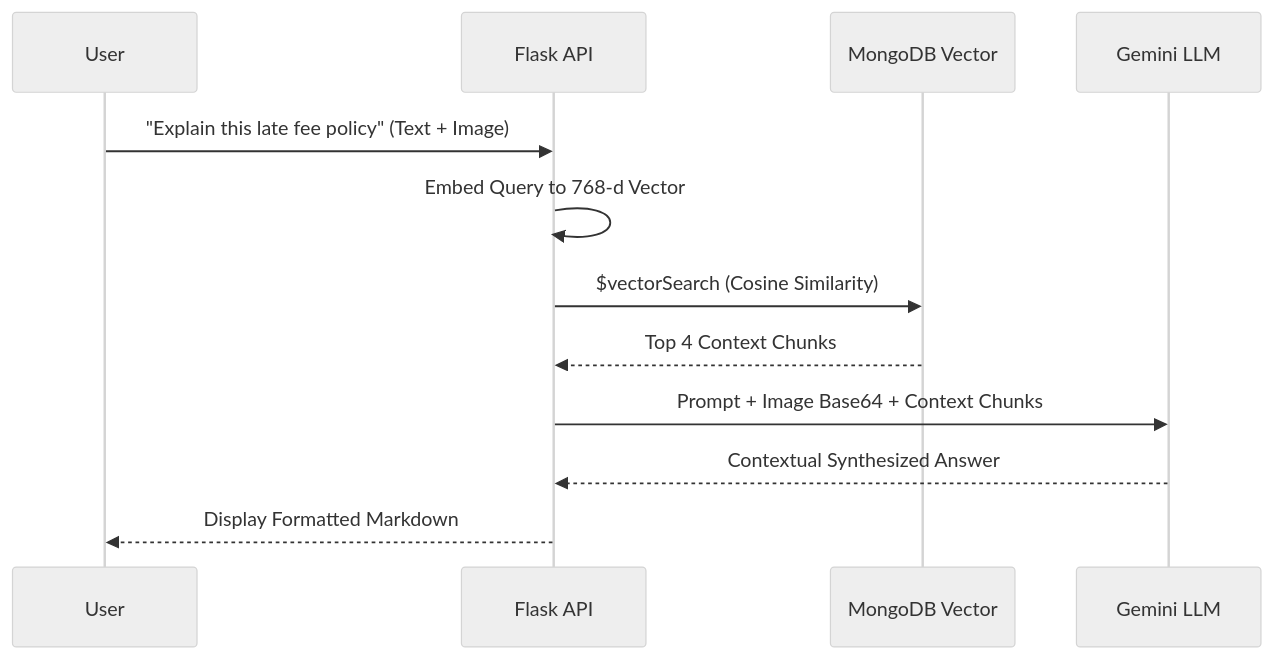
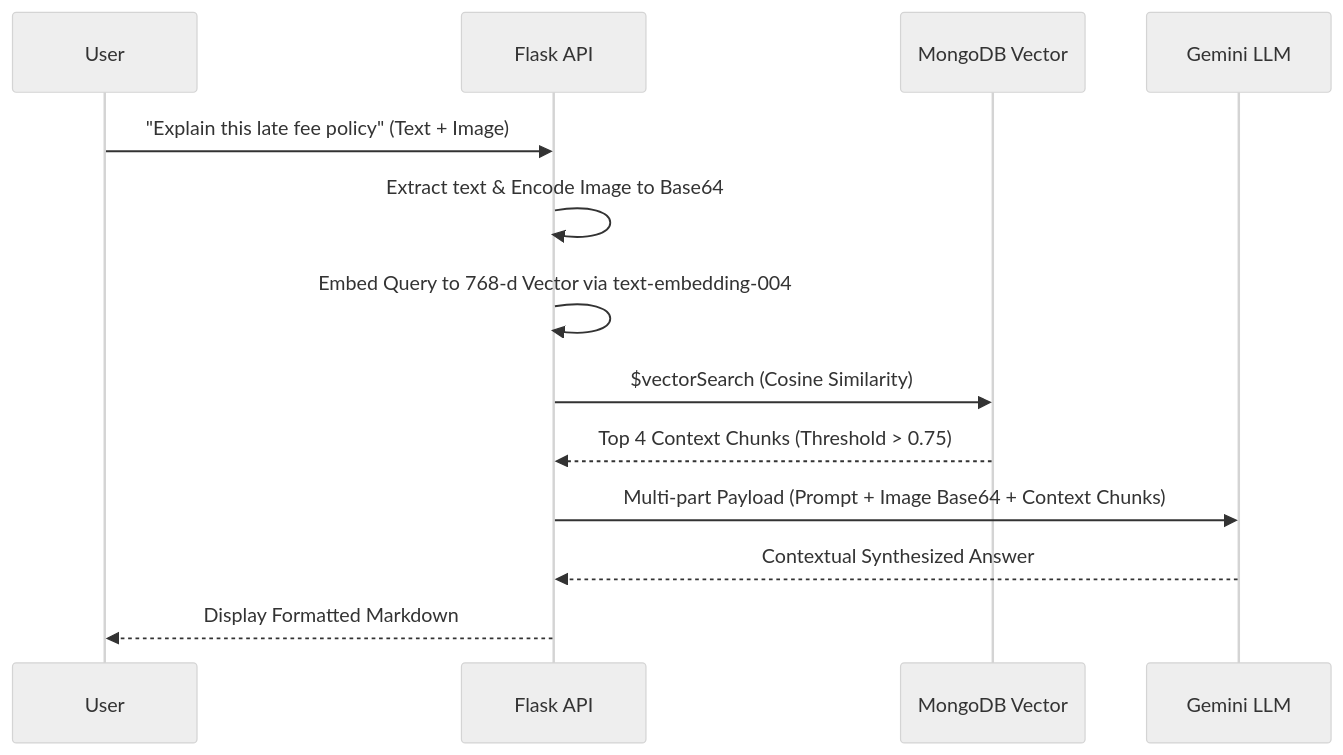
The second of 4 diagrams in README.md (sandeep-kumar-270904/ANITS-Campus-AI-Assistant), drawn with Mermaid (neutral theme) before and after one commit. The commit also changed other lines of this file, not shown here.

````diff
--- a/README.md
+++ b/README.md
@@ -107,15 +107,16 @@
 ```mermaid
 sequenceDiagram
     participant User
     participant Flask API
     participant MongoDB Vector
     participant Gemini LLM
     
     User->>Flask API: "Explain this late fee policy" (Text + Image)
-    Flask API->>Flask API: Embed Query to 768-d Vector
+    Flask API->>Flask API: Extract text & Encode Image to Base64
+    Flask API->>Flask API: Embed Query to 768-d Vector via text-embedding-004
     Flask API->>MongoDB Vector: $vectorSearch (Cosine Similarity)
-    MongoDB Vector-->>Flask API: Top 4 Context Chunks
-    Flask API->>Gemini LLM: Prompt + Image Base64 + Context Chunks
+    MongoDB Vector-->>Flask API: Top 4 Context Chunks (Threshold > 0.75)
+    Flask API->>Gemini LLM: Multi-part Payload (Prompt + Image Base64 + Context Chunks)
     Gemini LLM-->>Flask API: Contextual Synthesized Answer
     Flask API-->>User: Display Formatted Markdown
 ```
````
